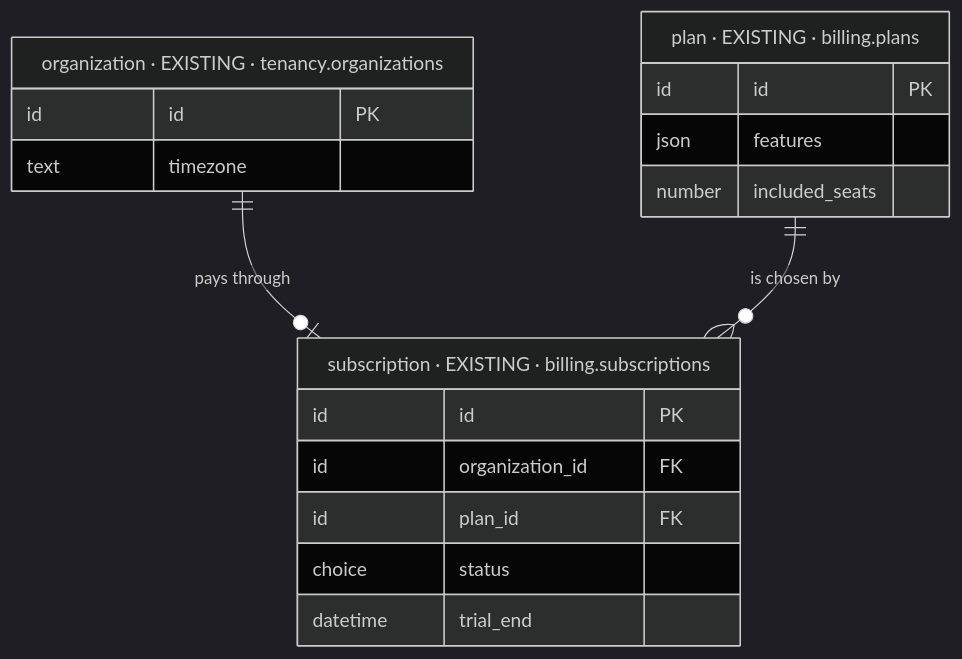
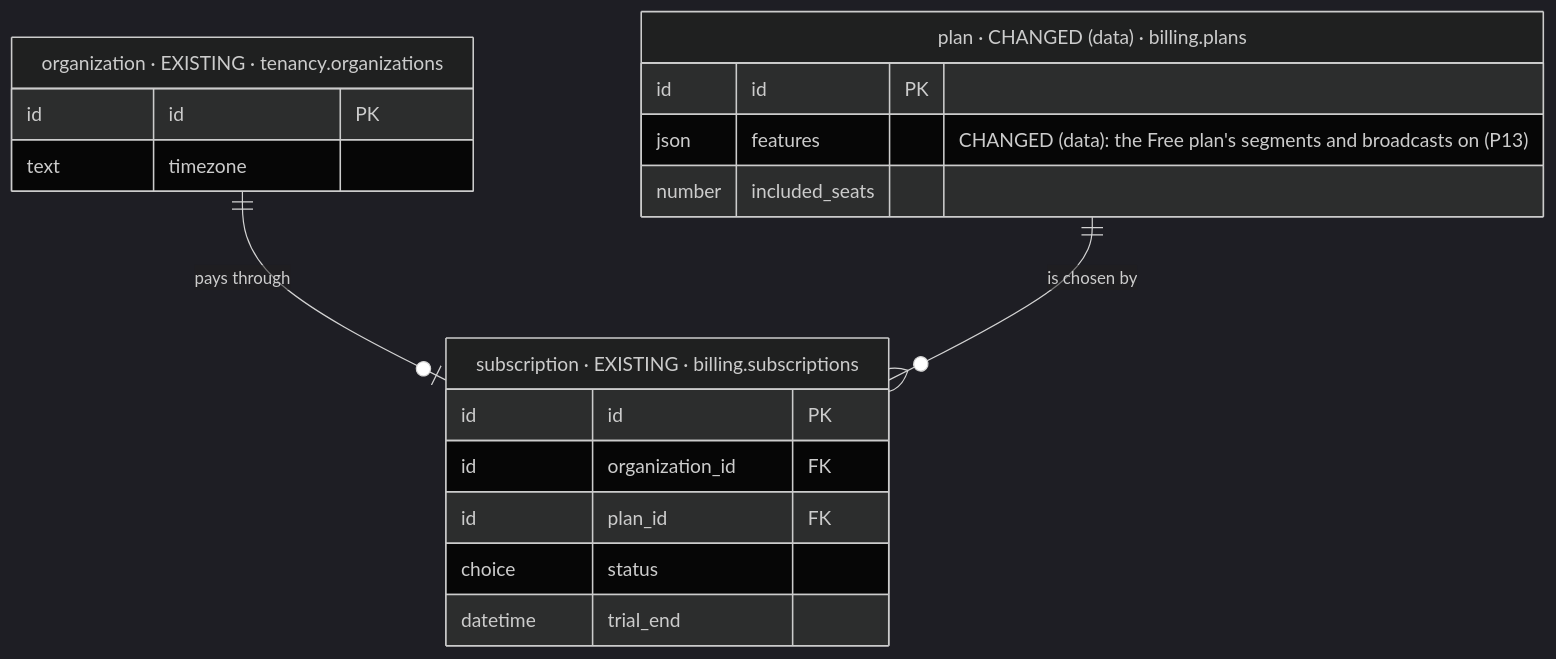
One commit to albetrios/meepzo-be changed the third of 4 diagrams in iterations/change-plan-gates-2026-11-26-mfku/plans/db-changes.md. Above: the diagram before and after it, drawn with Mermaid (dark theme). The commit also changed other lines of this file and 2 other files, not shown here.

First line of the commit message:
docs(iterations): resolve the plan gates coverage and db changes against the owner decisions

````diff
--- a/iterations/change-plan-gates-2026-11-26-mfku/plans/db-changes.md
+++ b/iterations/change-plan-gates-2026-11-26-mfku/plans/db-changes.md
@@ -78,21 +86,21 @@
 ```mermaid
 erDiagram
-  plan["plan · EXISTING · billing.plans"] {
+  plan["plan · CHANGED (data) · billing.plans"] {
     id id PK
-    json features
+    json features "CHANGED (data): the Free plan's segments and broadcasts on (P13)"
     number included_seats
   }
   subscription["subscription · EXISTING · billing.subscriptions"] {
     id id PK
     id organization_id FK
     id plan_id FK
     choice status
     datetime trial_end
   }
   organization["organization · EXISTING · tenancy.organizations"] {
     id id PK
     text timezone
   }
   organization ||--o| subscription : "pays through"
   plan ||--o{ subscription : "is chosen by"
 ```
````
